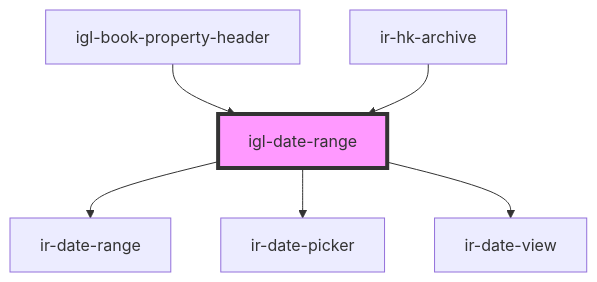
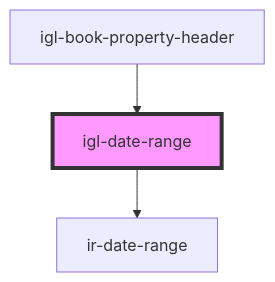
Before and after one commit to RonyRizk/ir-webcmp: the diagram in src/components/igloo-calendar/igl-date-range/readme.md, drawn with Mermaid. The commit also changed other lines of this file and 293 other files, not shown here.

````diff
--- a/src/components/igloo-calendar/igl-date-range/readme.md
+++ b/src/components/igloo-calendar/igl-date-range/readme.md
@@ -43,9 +40,6 @@
 ```mermaid
 graph TD;
   igl-date-range --> ir-date-range
-  igl-date-range --> ir-date-picker
-  igl-date-range --> ir-date-view
   igl-book-property-header --> igl-date-range
-  ir-hk-archive --> igl-date-range
   style igl-date-range fill:#f9f,stroke:#333,stroke-width:4px
 ```
````
